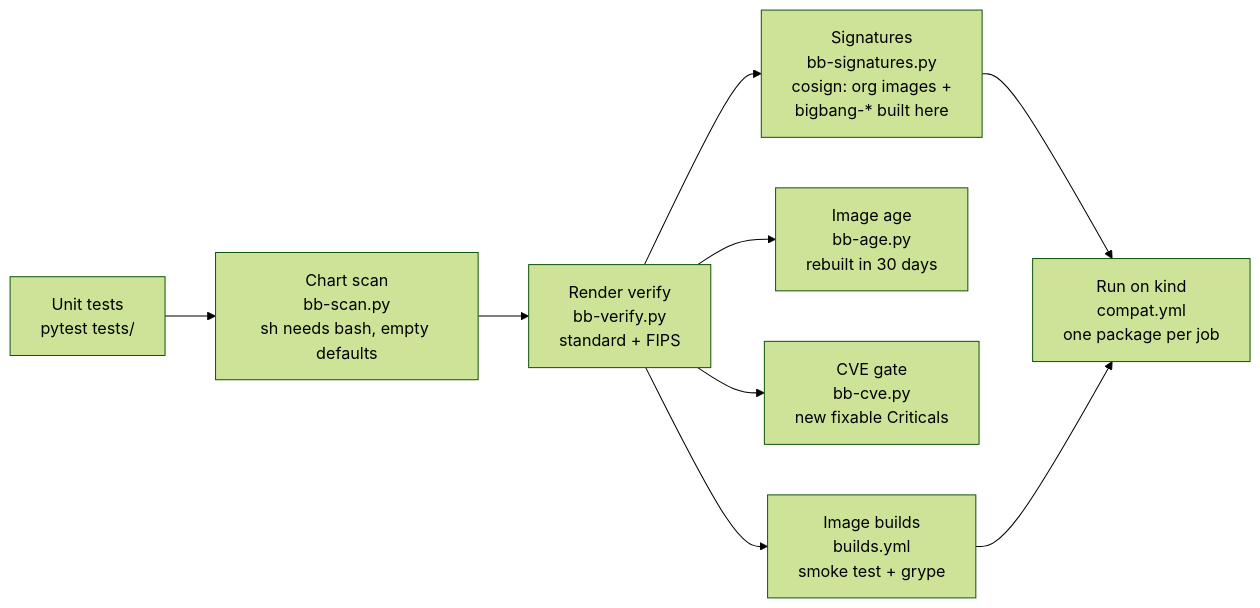
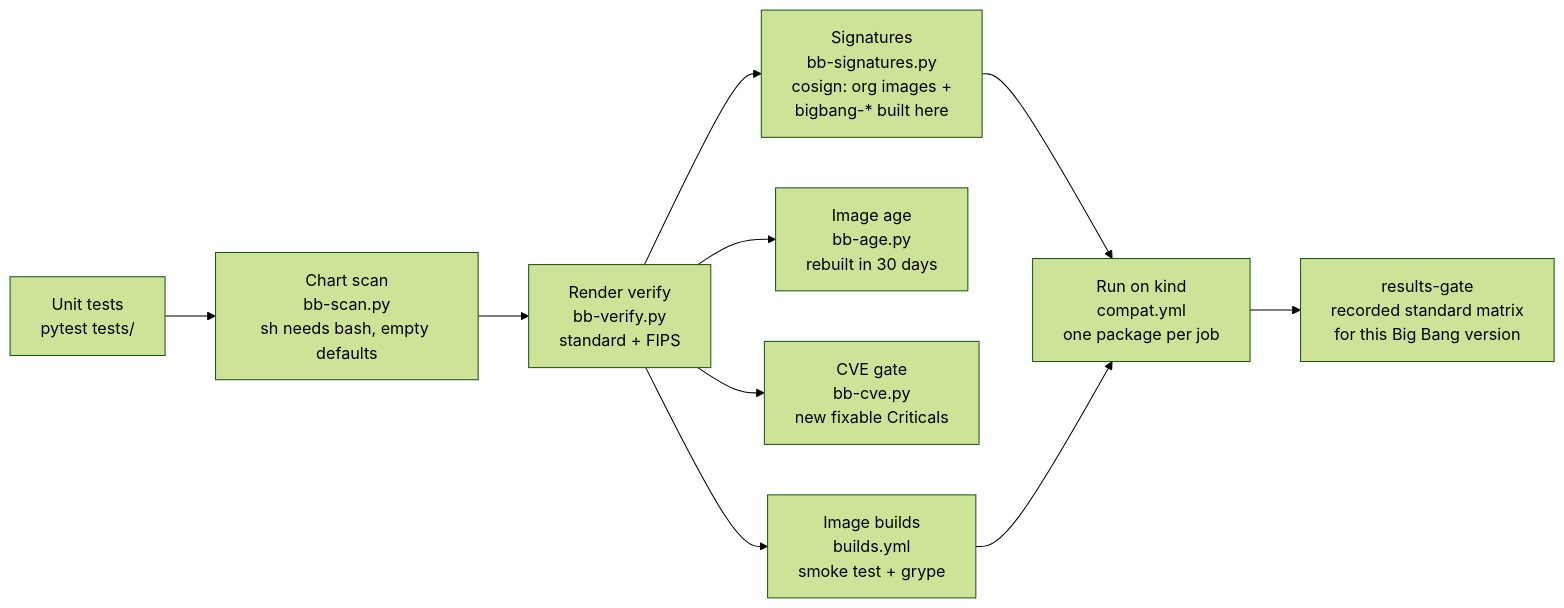
One commit to Zapata-Technology/bigbang-chainguard changed the first of 2 diagrams in docs/testing.md. Above: the diagram before and after it, drawn with Mermaid (forest theme). The commit also changed other lines of this file and 5 other files, not shown here.

First line of the commit message:
docs: match the diagrams to the smoke set and the results gate

````diff
--- a/docs/testing.md
+++ b/docs/testing.md
@@ -7,11 +7,12 @@
 ```mermaid
 flowchart LR
     U[Unit tests<br/>pytest tests/] --> SC[Chart scan<br/>bb-scan.py<br/>sh needs bash, empty defaults]
     SC --> V[Render verify<br/>bb-verify.py<br/>standard + FIPS]
     V --> S[Signatures<br/>bb-signatures.py<br/>cosign: org images +<br/>bigbang-* built here]
     V --> AG[Image age<br/>bb-age.py<br/>rebuilt in 30 days]
     V --> CV[CVE gate<br/>bb-cve.py<br/>new fixable Criticals]
     V --> B[Image builds<br/>builds.yml<br/>smoke test + grype]
     S --> C[Run on kind<br/>compat.yml<br/>one package per job]
     B --> C
+    C --> RG[results-gate<br/>recorded standard matrix<br/>for this Big Bang version]
 ```
````
